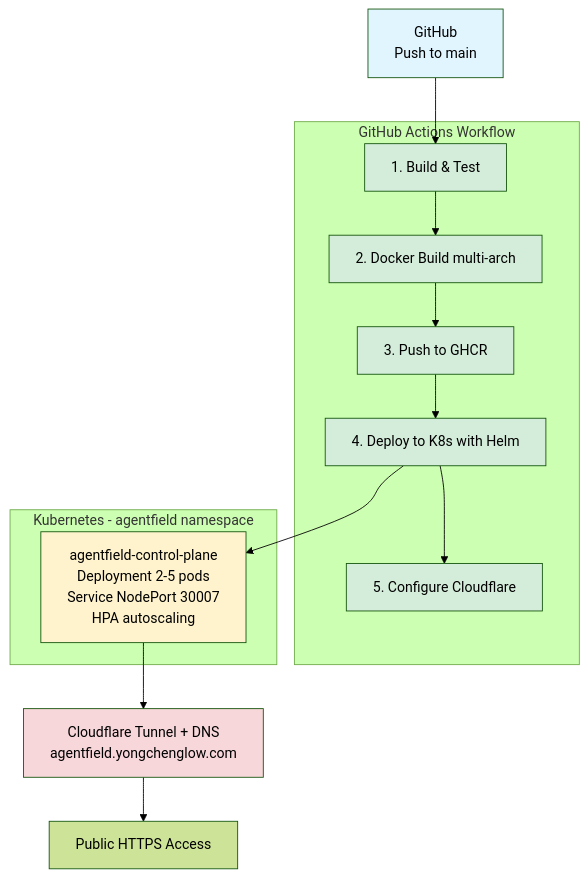
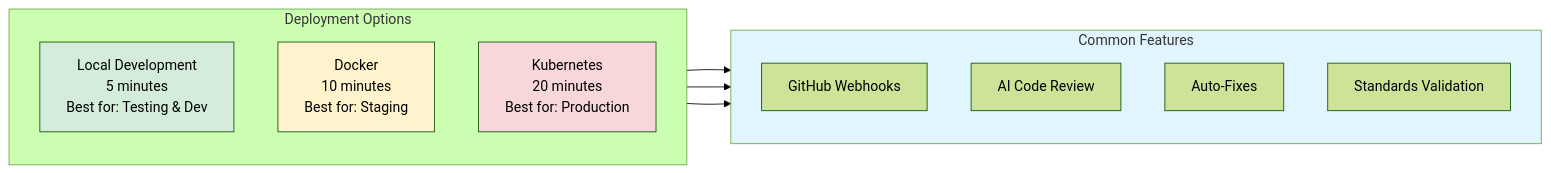
One commit to yongchenglow/af-code-agent changed the diagram in docs/QUICK_START.md. Above: the diagram before and after it, drawn with Mermaid (forest theme). The commit also changed other lines of this file and 6 other files, not shown here.

````diff
--- a/docs/QUICK_START.md
+++ b/docs/QUICK_START.md
@@ -169,34 +14,25 @@
 ```mermaid
-graph TB
-    GH[GitHub<br/>Push to main]
-
-    subgraph "GitHub Actions Workflow"
-        BUILD[1. Build & Test]
-        DOCKER[2. Docker Build multi-arch]
-        PUSH[3. Push to GHCR]
-        DEPLOY[4. Deploy to K8s with Helm]
-        CF[5. Configure Cloudflare]
-
-        BUILD --> DOCKER --> PUSH --> DEPLOY --> CF
+flowchart LR
+    subgraph Options["Deployment Options"]
+        direction TB
+        A[Local Development<br/>5 minutes<br/>Best for: Testing & Dev]
+        B[Docker<br/>10 minutes<br/>Best for: Staging]
+        C[Kubernetes<br/>20 minutes<br/>Best for: Production]
     end
-
-    subgraph "Kubernetes - agentfield namespace"
-        CP[agentfield-control-plane<br/>Deployment 2-5 pods<br/>Service NodePort 30007<br/>HPA autoscaling]
+    
+    subgraph Features["Common Features"]
+        F1[GitHub Webhooks]
+        F2[AI Code Review]
+        F3[Auto-Fixes]
+        F4[Standards Validation]
     end
-
-    TUNNEL[Cloudflare Tunnel + DNS<br/>agentfield.yongchenglow.com]
-
-    GH --> BUILD
-    DEPLOY --> CP
-    CP --> TUNNEL
-    TUNNEL --> PUBLIC[Public HTTPS Access]
-
-    style GH fill:#e1f5ff
-    style BUILD fill:#d4edda
-    style DOCKER fill:#d4edda
-    style PUSH fill:#d4edda
-    style DEPLOY fill:#d4edda
-    style CF fill:#d4edda
-    style CP fill:#fff3cd
-    style TUNNEL fill:#f8d7da
+    
+    A --> Features
+    B --> Features
+    C --> Features
+    
+    style A fill:#d4edda
+    style B fill:#fff3cd
+    style C fill:#f8d7da
+    style Features fill:#e1f5ff
 ```
````
